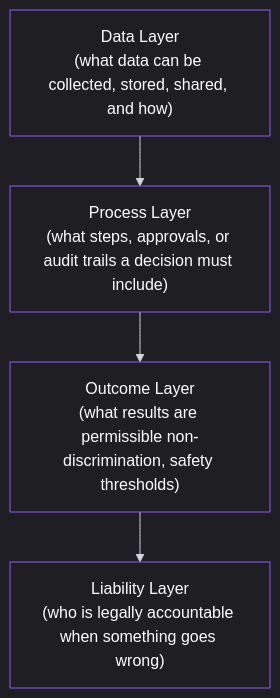
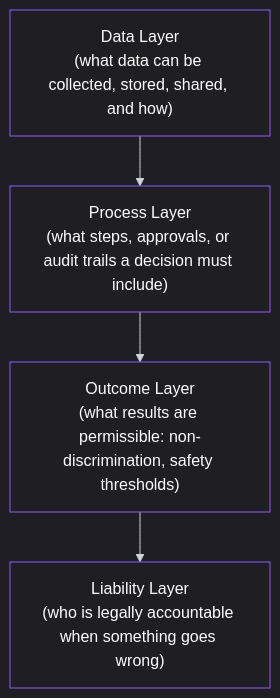
Before and after one commit to pmacademy-app/web: the diagram in content/lessons/lesson-081.md, drawn with Mermaid. The commit also changed other lines of this file and 275 other files, not shown here.

````diff
--- a/content/lessons/lesson-081.md
+++ b/content/lessons/lesson-081.md
@@ -55,36 +55,36 @@
 ```mermaid
 %%{init: {
   "theme": "dark",
   "themeVariables": {
     "background": "#0b0b0c",
     "primaryColor": "#1f1f23",
     "primaryTextColor": "#ffffff",
     "primaryBorderColor": "#8b5cf6",
     "lineColor": "#d1d5db",
     "secondaryColor": "#18181b",
     "tertiaryColor": "#111111",
     "mainBkg": "#1f1f23",
     "nodeBorder": "#8b5cf6",
     "clusterBkg": "#000000",
     "clusterBorder": "#27272a",
     "titleColor": "#ffffff",
     "edgeLabelBackground": "#0b0b0c",
     "nodeTextColor": "#ffffff",
     "edgeLabelColor": "#ffffff",
     "actorBorder": "#8b5cf6",
     "actorBkg": "#1f1f23",
     "actorTextColor": "#ffffff",
     "sequenceNumberColor": "#ffffff",
     "signalColor": "#8b5cf6",
     "signalTextColor": "#ffffff",
     "textColor": "#ffffff",
     "classText": "#ffffff",
     "classBorder": "#8b5cf6",
     "classBkg": "#1f1f23"
   }
 }}%%
 graph TD
     A["Data Layer<br/>(what data can be collected, stored, shared, and how)"] --> B["Process Layer<br/>(what steps, approvals, or audit trails a decision must include)"]
-    B --> C["Outcome Layer<br/>(what results are permissible non-discrimination, safety thresholds)"]
+    B --> C["Outcome Layer<br/>(what results are permissible: non-discrimination, safety thresholds)"]
     C --> D["Liability Layer<br/>(who is legally accountable when something goes wrong)"]
 ```
````
